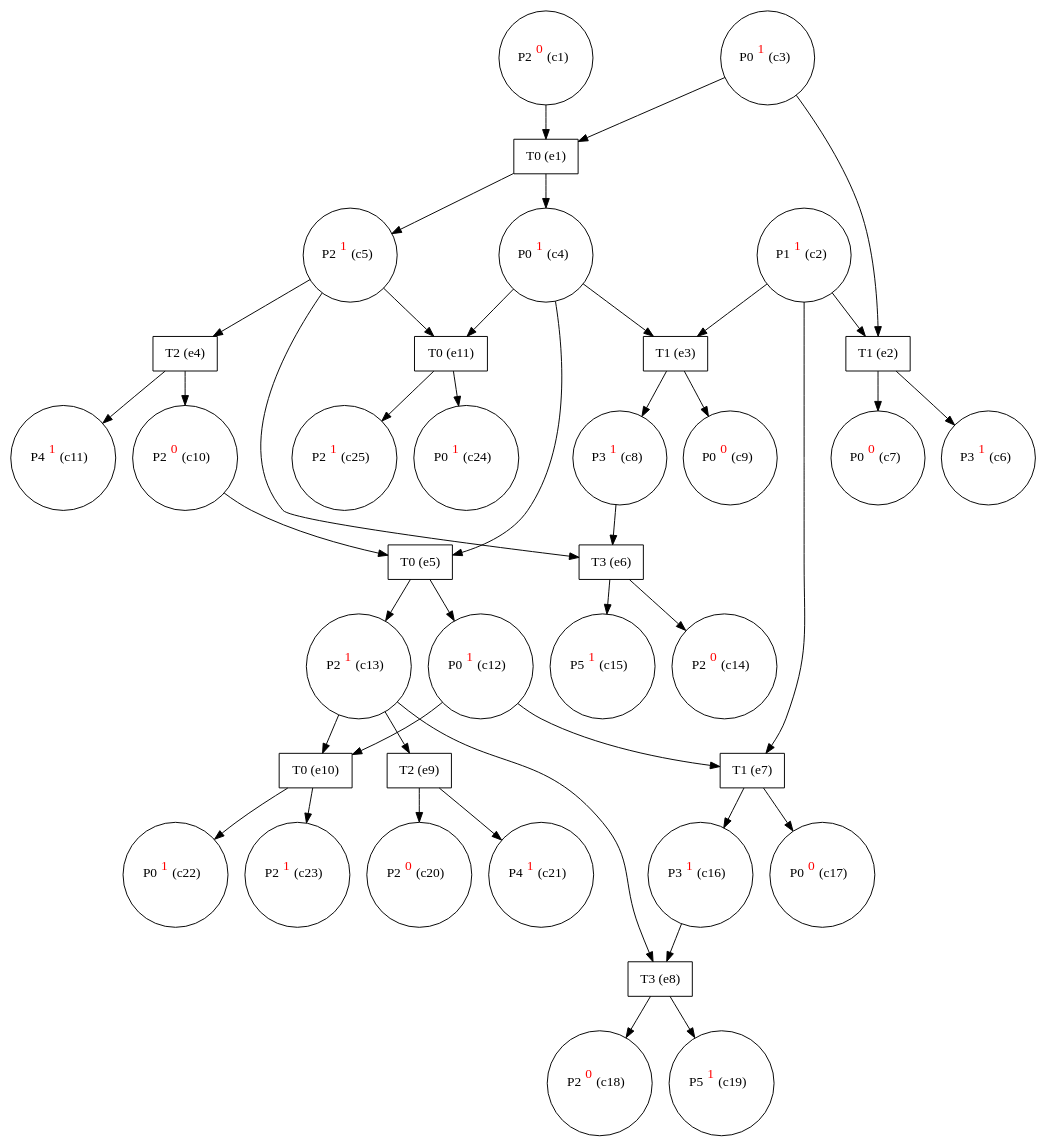
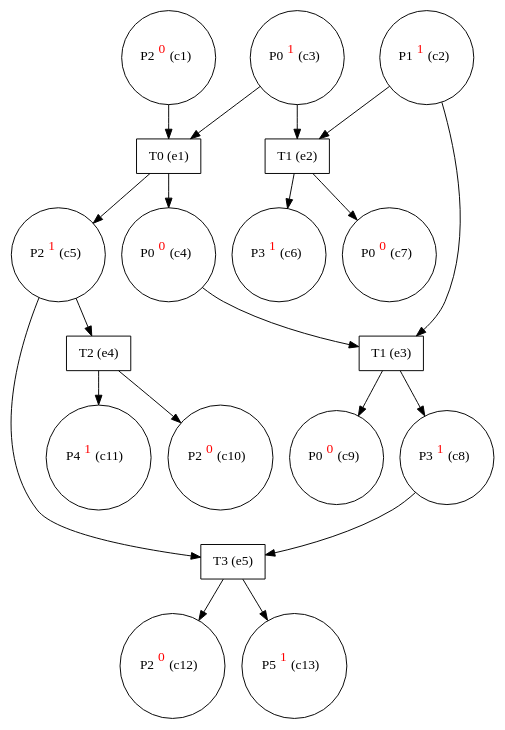
One commit to giannkas/ecofolder changed the diagram in small_eg.dot. Above: the diagram before and after it, drawn with Graphviz. The commit also changed 15 other files, not shown here.

```diff
--- a/small_eg.dot
+++ b/small_eg.dot
@@ -1,80 +1,39 @@
 digraph test {
   c1 -> e1;
-  c2 -> e7;
   c2 -> e3;
   c2 -> e2;
   c3 -> e2;
   c3 -> e1;
   e1 -> c4;
-  c4 -> e5;
   c4 -> e3;
-  c4 -> e11;
   e1 -> c5;
-  c5 -> e6;
+  c5 -> e5;
   c5 -> e4;
-  c5 -> e11;
   e2 -> c6;
   e2 -> c7;
   e3 -> c8;
-  c8 -> e6;
+  c8 -> e5;
   e3 -> c9;
   e4 -> c10;
-  c10 -> e5;
   e4 -> c11;
   e5 -> c12;
-  c12 -> e7;
-  c12 -> e10;
   e5 -> c13;
-  c13 -> e8;
-  c13 -> e9;
-  c13 -> e10;
-  e6 -> c14;
-  e6 -> c15;
-  e7 -> c16;
-  c16 -> e8;
-  e7 -> c17;
-  e8 -> c18;
-  e8 -> c19;
-  e9 -> c20;
-  e9 -> c21;
-  e10 -> c22;
-  e10 -> c23;
-  e11 -> c24;
-  e11 -> c25;
   c1 [label= <P2<FONT COLOR="red"><SUP>0</SUP></FONT>&nbsp;(c1)> shape=circle];
   c2 [label= <P1<FONT COLOR="red"><SUP>1</SUP></FONT>&nbsp;(c2)> shape=circle];
   c3 [label= <P0<FONT COLOR="red"><SUP>1</SUP></FONT>&nbsp;(c3)> shape=circle];
-  c4 [label= <P0<FONT COLOR="red"><SUP>1</SUP></FONT>&nbsp;(c4)> shape=circle];
+  c4 [label= <P0<FONT COLOR="red"><SUP>0</SUP></FONT>&nbsp;(c4)> shape=circle];
   c5 [label= <P2<FONT COLOR="red"><SUP>1</SUP></FONT>&nbsp;(c5)> shape=circle];
   c6 [label= <P3<FONT COLOR="red"><SUP>1</SUP></FONT>&nbsp;(c6)> shape=circle];
   c7 [label= <P0<FONT COLOR="red"><SUP>0</SUP></FONT>&nbsp;(c7)> shape=circle];
   c8 [label= <P3<FONT COLOR="red"><SUP>1</SUP></FONT>&nbsp;(c8)> shape=circle];
   c9 [label= <P0<FONT COLOR="red"><SUP>0</SUP></FONT>&nbsp;(c9)> shape=circle];
   c10 [label= <P2<FONT COLOR="red"><SUP>0</SUP></FONT>&nbsp;(c10)> shape=circle];
   c11 [label= <P4<FONT COLOR="red"><SUP>1</SUP></FONT>&nbsp;(c11)> shape=circle];
-  c12 [label= <P0<FONT COLOR="red"><SUP>1</SUP></FONT>&nbsp;(c12)> shape=circle];
-  c13 [label= <P2<FONT COLOR="red"><SUP>1</SUP></FONT>&nbsp;(c13)> shape=circle];
-  c14 [label= <P2<FONT COLOR="red"><SUP>0</SUP></FONT>&nbsp;(c14)> shape=circle];
-  c15 [label= <P5<FONT COLOR="red"><SUP>1</SUP></FONT>&nbsp;(c15)> shape=circle];
-  c16 [label= <P3<FONT COLOR="red"><SUP>1</SUP></FONT>&nbsp;(c16)> shape=circle];
-  c17 [label= <P0<FONT COLOR="red"><SUP>0</SUP></FONT>&nbsp;(c17)> shape=circle];
-  c18 [label= <P2<FONT COLOR="red"><SUP>0</SUP></FONT>&nbsp;(c18)> shape=circle];
-  c19 [label= <P5<FONT COLOR="red"><SUP>1</SUP></FONT>&nbsp;(c19)> shape=circle];
-  c20 [label= <P2<FONT COLOR="red"><SUP>0</SUP></FONT>&nbsp;(c20)> shape=circle];
-  c21 [label= <P4<FONT COLOR="red"><SUP>1</SUP></FONT>&nbsp;(c21)> shape=circle];
-  c22 [label= <P0<FONT COLOR="red"><SUP>1</SUP></FONT>&nbsp;(c22)> shape=circle];
-  c23 [label= <P2<FONT COLOR="red"><SUP>1</SUP></FONT>&nbsp;(c23)> shape=circle];
-  c24 [label= <P0<FONT COLOR="red"><SUP>1</SUP></FONT>&nbsp;(c24)> shape=circle];
-  c25 [label= <P2<FONT COLOR="red"><SUP>1</SUP></FONT>&nbsp;(c25)> shape=circle];
+  c12 [label= <P2<FONT COLOR="red"><SUP>0</SUP></FONT>&nbsp;(c12)> shape=circle];
+  c13 [label= <P5<FONT COLOR="red"><SUP>1</SUP></FONT>&nbsp;(c13)> shape=circle];
   e1 [label="T0 (e1)" shape=box];
   e2 [label="T1 (e2)" shape=box];
   e3 [label="T1 (e3)" shape=box];
   e4 [label="T2 (e4)" shape=box];
-  e5 [label="T0 (e5)" shape=box];
-  e6 [label="T3 (e6)" shape=box];
-  e7 [label="T1 (e7)" shape=box];
-  e8 [label="T3 (e8)" shape=box];
-  e9 [label="T2 (e9)" shape=box];
-  e10 [label="T0 (e10)" shape=box];
-  e11 [label="T0 (e11)" shape=box];
+  e5 [label="T3 (e5)" shape=box];
 }
```
